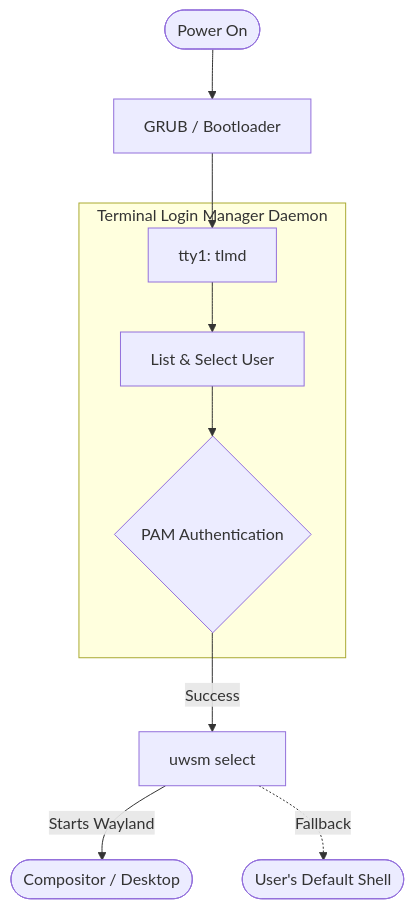
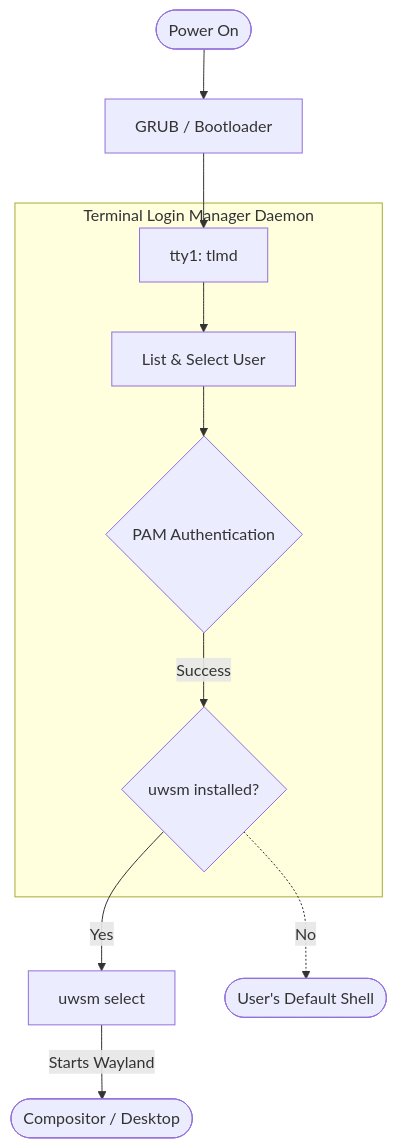
The diagram in README.md (2004sfm/tlmd), drawn with Mermaid before and after one commit. The commit also changed 1 other file, not shown here.

Commit message:
docs: update flowchart to include uwsm check decision diamond

````diff
--- a/README.md
+++ b/README.md
@@ -27,15 +27,16 @@
 ```mermaid
 graph TD
     A([Power On]) --> B[GRUB / Bootloader]
     B --> C[tty1: tlmd]
     
     subgraph Terminal Login Manager Daemon
     C --> D[List & Select User]
     D --> E{PAM Authentication}
+    E -->|Success| F{uwsm installed?}
     end
     
-    E -->|Success| F[uwsm select]
+    F -->|Yes| G[uwsm select]
+    F -.->|No| H([User's Default Shell])
     
-    F -->|Starts Wayland| G([Compositor / Desktop])
-    F -.->|Fallback| H([User's Default Shell])
+    G -->|Starts Wayland| I([Compositor / Desktop])
 ```
````
